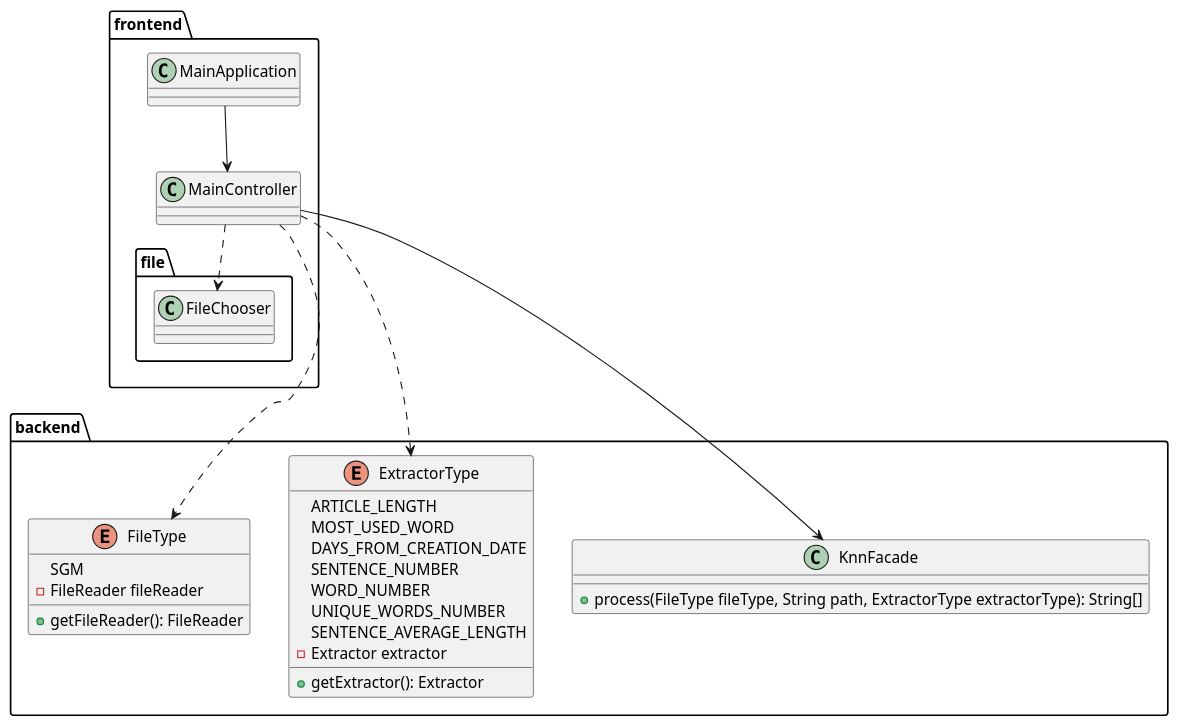
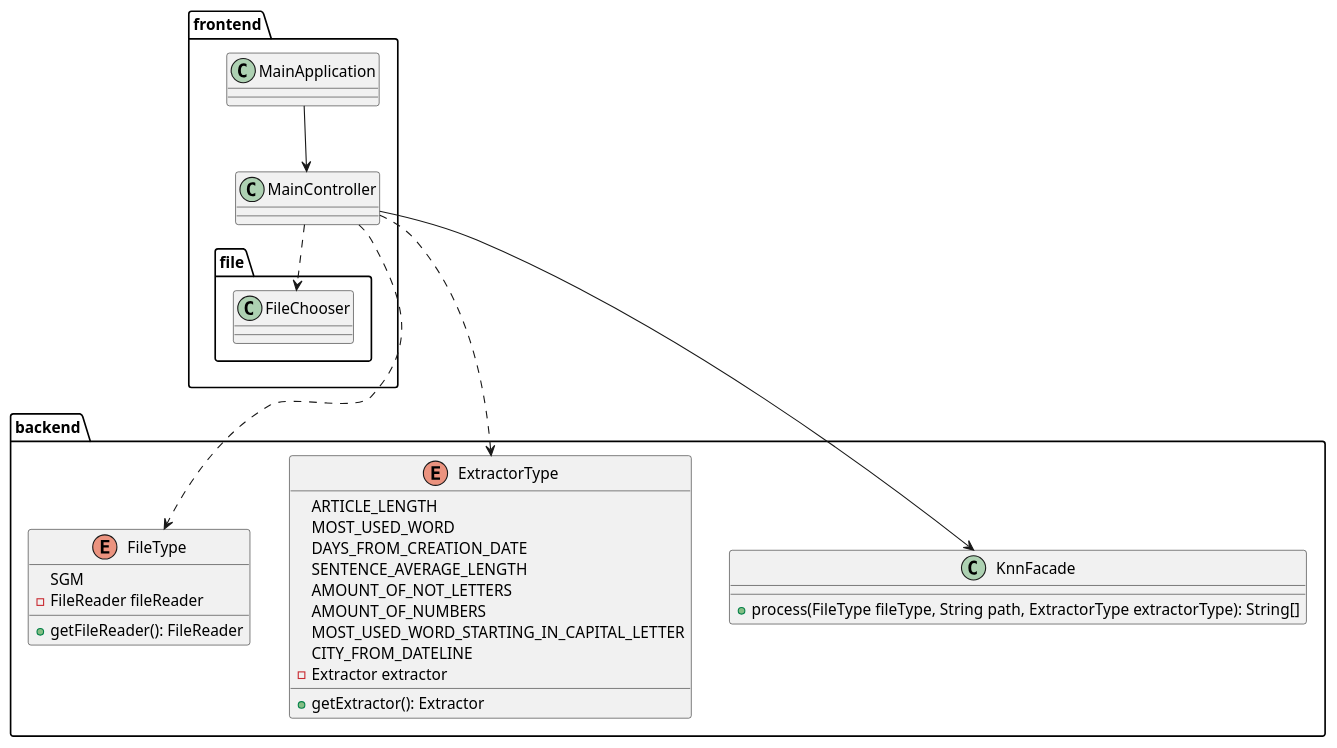
One commit to kambed/Computer-Recognition-Systems changed the first of 2 diagrams in README.md. Above: the diagram before and after it, drawn with PlantUML. The commit also changed other lines of this file and 16 other files, not shown here.

Commit message:
Remove incorrect extractors + fix most used work starting with capital

````diff
--- a/README.md
+++ b/README.md
@@ -3,35 +3,36 @@
 ```plantuml
 package frontend {
     class MainApplication
     class MainController
     package file {
         class FileChooser
     }
     MainController ..> FileChooser
     MainApplication --> MainController
 }
 package backend {
     enum FileType {
         SGM
         - FileReader fileReader
         + getFileReader(): FileReader
     }
     enum ExtractorType {
         ARTICLE_LENGTH
         MOST_USED_WORD
         DAYS_FROM_CREATION_DATE
-        SENTENCE_NUMBER
-        WORD_NUMBER
-        UNIQUE_WORDS_NUMBER
         SENTENCE_AVERAGE_LENGTH
+        AMOUNT_OF_NOT_LETTERS
+        AMOUNT_OF_NUMBERS
+        MOST_USED_WORD_STARTING_IN_CAPITAL_LETTER
+        CITY_FROM_DATELINE
         - Extractor extractor
         + getExtractor(): Extractor
     }
     class KnnFacade {
         + process(FileType fileType, String path, ExtractorType extractorType): String[]
     }
 }
 MainController ---> KnnFacade
 MainController ..> FileType
 MainController ..> ExtractorType
 ```
````
